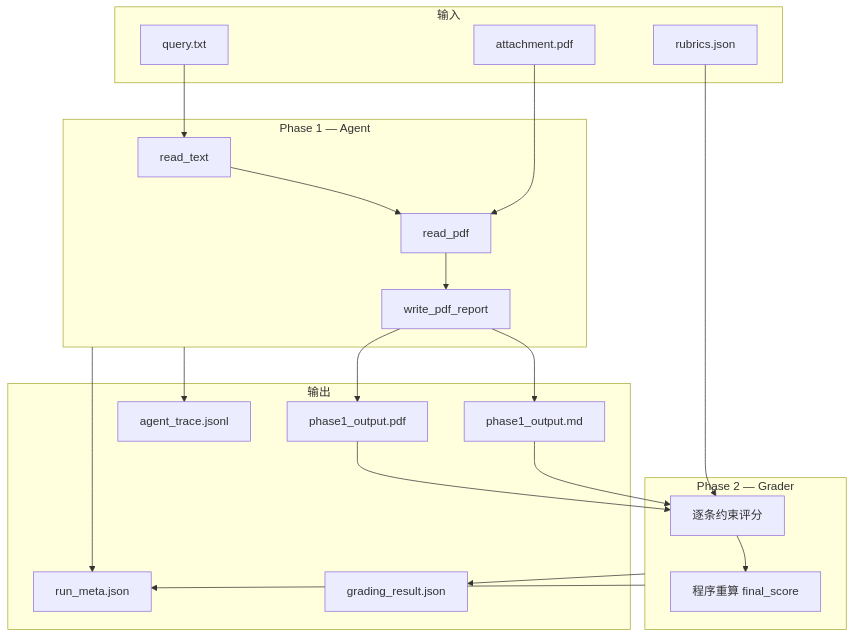
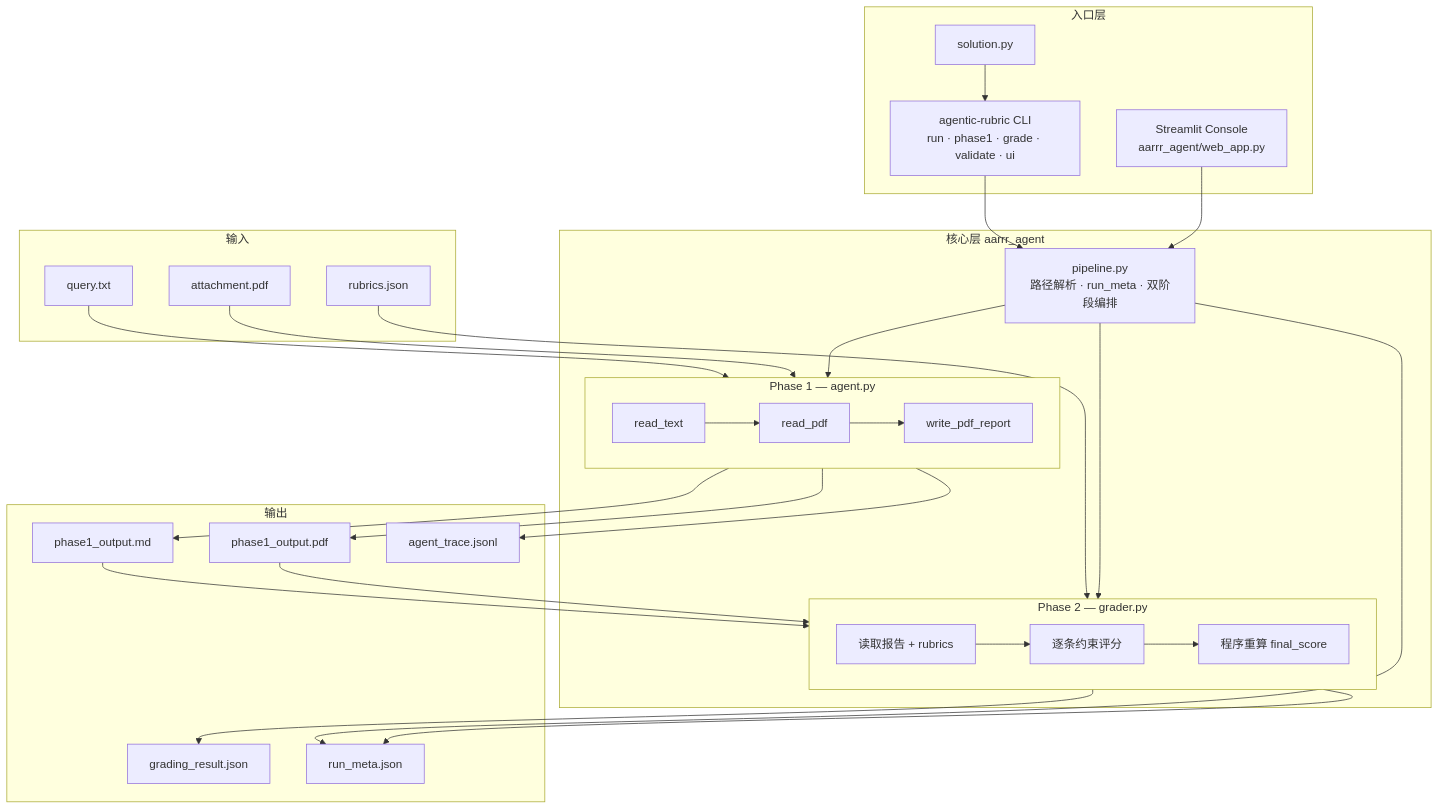
Before and after one commit to bosprimigenious/agentic-rubric-runner: the diagram in README.md, drawn with Mermaid. The commit also changed other lines of this file, not shown here.

Commit message:
docs: restore layered architecture diagram in README
Merge entry pipeline Phase 1/2 flow with module responsibility table.

````diff
--- a/README.md
+++ b/README.md
@@ -35,41 +37,55 @@
 ```mermaid
 flowchart TB
+    subgraph entry [入口层]
+        CLI["agentic-rubric CLI<br/>run · phase1 · grade · validate · ui"]
+        WEB["Streamlit Console<br/>aarrr_agent/web_app.py"]
+        SOL[solution.py]
+    end
+
+    subgraph core [核心层 aarrr_agent]
+        PL["pipeline.py<br/>路径解析 · run_meta · 双阶段编排"]
+
+        subgraph phase1 [Phase 1 — agent.py]
+            direction LR
+            T1[read_text] --> T2[read_pdf] --> T3[write_pdf_report]
+        end
+
+        subgraph phase2 [Phase 2 — grader.py]
+            direction LR
+            G1[读取报告 + rubrics] --> G2[逐条约束评分] --> G3[程序重算 final_score]
+        end
+
+        PL --> phase1
+        PL --> phase2
+    end
+
     subgraph inputs [输入]
         Q[query.txt]
         P[attachment.pdf]
         R[rubrics.json]
-    end
-
-    subgraph phase1 [Phase 1 — Agent]
-        T1[read_text]
-        T2[read_pdf]
-        T3[write_pdf_report]
-        T1 --> T2 --> T3
-    end
-
-    subgraph phase2 [Phase 2 — Grader]
-        G[逐条约束评分]
-        S[程序重算 final_score]
-        G --> S
     end
 
     subgraph outputs [输出]
         MD[phase1_output.md]
         PDF[phase1_output.pdf]
         GR[grading_result.json]
         TR[agent_trace.jsonl]
         META[run_meta.json]
     end
 
+    CLI --> PL
+    WEB --> PL
+    SOL --> CLI
+
     Q --> T1
     P --> T2
+    R --> G1
     T3 --> MD
     T3 --> PDF
-    R --> G
-    MD --> G
-    PDF --> G
+    MD --> G1
+    PDF --> G1
+    G3 --> GR
     phase1 --> TR
-    phase2 --> GR
-    phase1 --> META
+    PL --> META
     phase2 --> META
 ```
````
